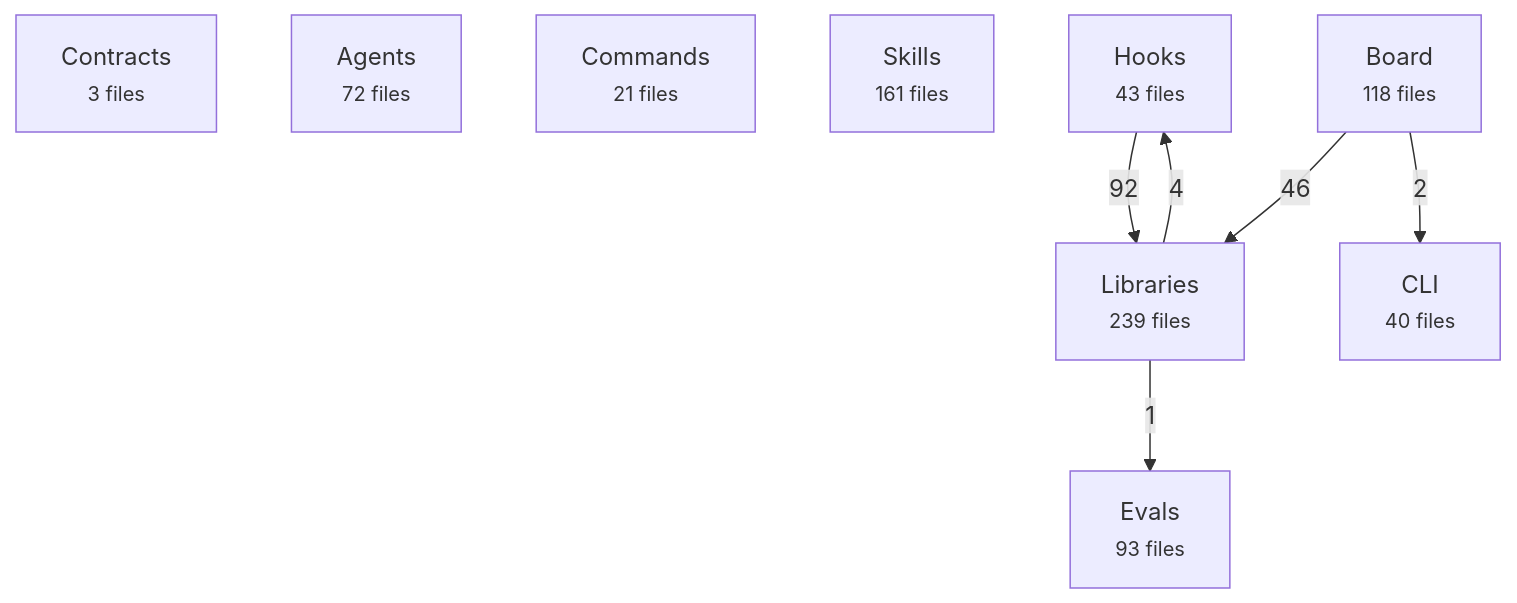
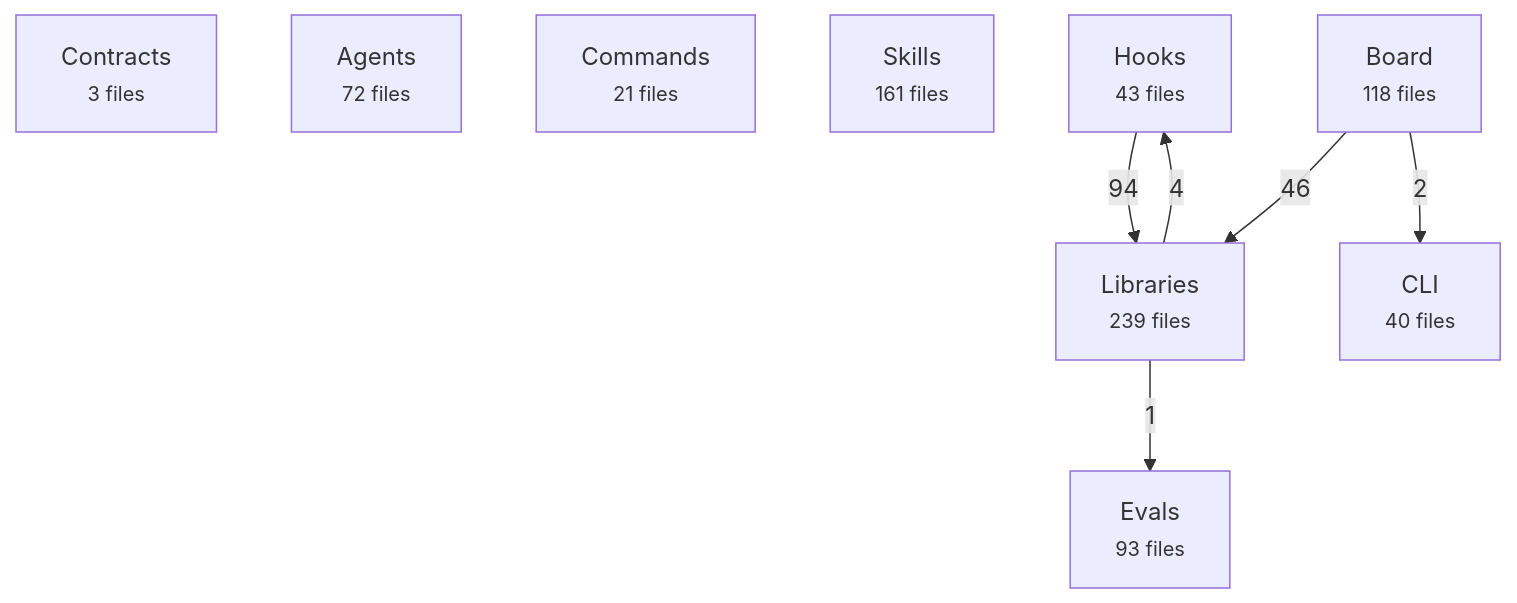
Before and after one commit to avelikiy/great_cto: the first of 2 diagrams in docs/reference/architecture-map.md, drawn with Mermaid. The commit also changed 10 other files, not shown here.

First line of the commit message:
feat(graph-guard): rule 2 — the edge being taken carries its contract

````diff
--- a/docs/reference/architecture-map.md
+++ b/docs/reference/architecture-map.md
@@ -20,17 +20,17 @@
 ```mermaid
 flowchart TD
   contracts["Contracts<br/><small>3 files</small>"]
   agents["Agents<br/><small>72 files</small>"]
   commands["Commands<br/><small>21 files</small>"]
   skills["Skills<br/><small>161 files</small>"]
   hooks["Hooks<br/><small>43 files</small>"]
   libs["Libraries<br/><small>239 files</small>"]
   board["Board<br/><small>118 files</small>"]
   cli["CLI<br/><small>40 files</small>"]
   evals["Evals<br/><small>93 files</small>"]
-  hooks -->|92| libs
+  hooks -->|94| libs
   board -->|46| libs
   libs -->|4| hooks
   board -->|2| cli
   libs -->|1| evals
 ```
````
